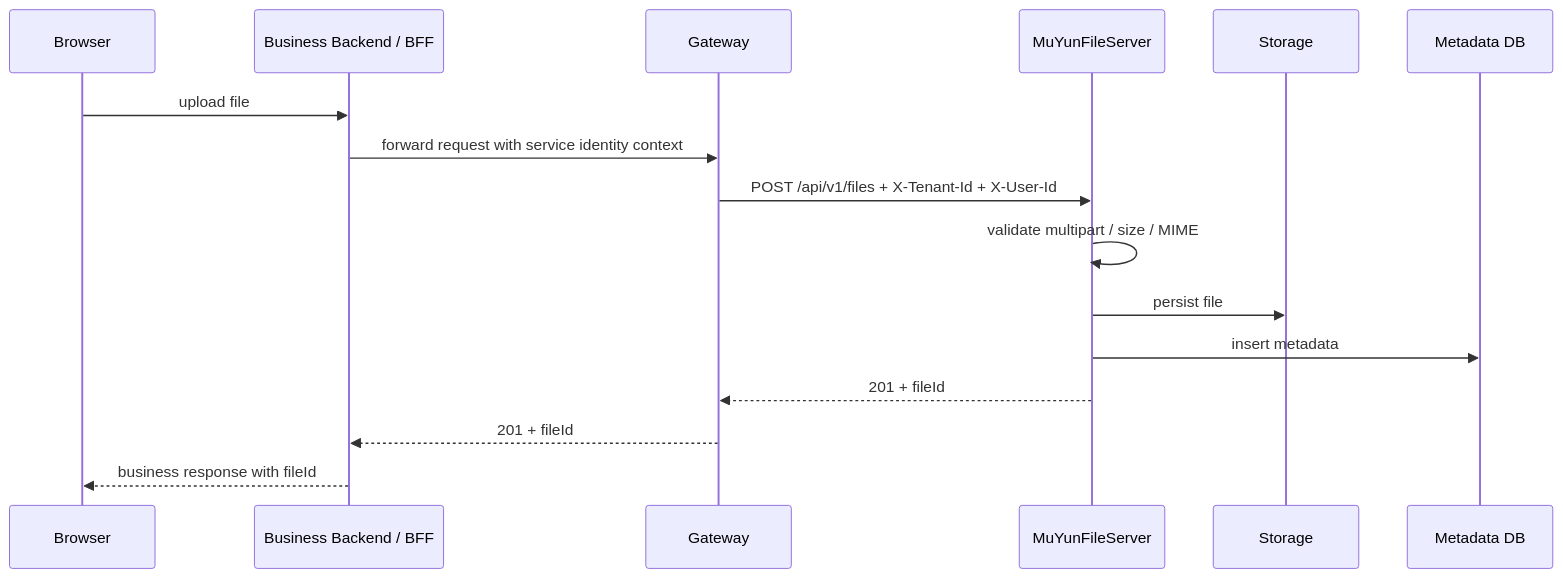
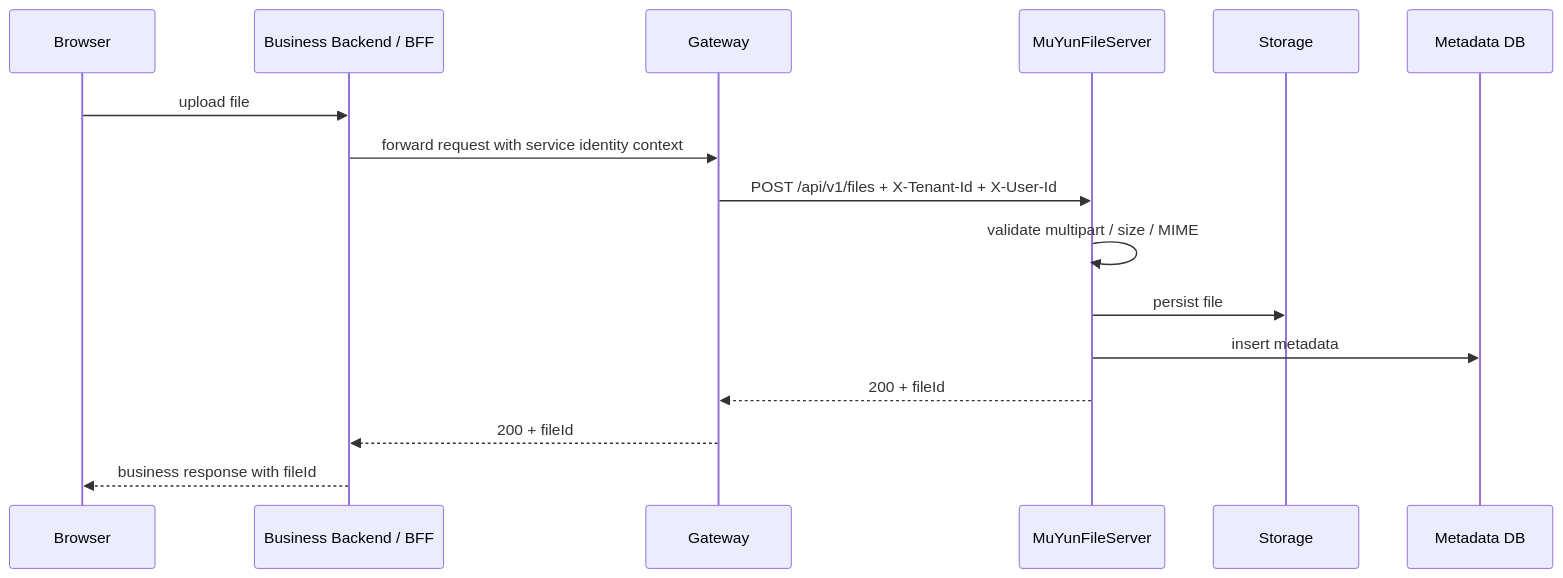
The second of 5 diagrams in docs/design/server-integration.md (ximatai/MuYunFileserver), drawn with Mermaid before and after one commit. The commit also changed other lines of this file and 8 other files, not shown here.

````diff
--- a/docs/design/server-integration.md
+++ b/docs/design/server-integration.md
@@ -111,19 +111,19 @@
 ```mermaid
 sequenceDiagram
     participant U as Browser
     participant B as Business Backend / BFF
     participant G as Gateway
     participant F as MuYunFileServer
     participant S as Storage
     participant D as Metadata DB
 
     U->>B: upload file
     B->>G: forward request with service identity context
     G->>F: POST /api/v1/files + X-Tenant-Id + X-User-Id
     F->>F: validate multipart / size / MIME
     F->>S: persist file
     F->>D: insert metadata
-    F-->>G: 201 + fileId
-    G-->>B: 201 + fileId
+    F-->>G: 200 + fileId
+    G-->>B: 200 + fileId
     B-->>U: business response with fileId
 ```
````
